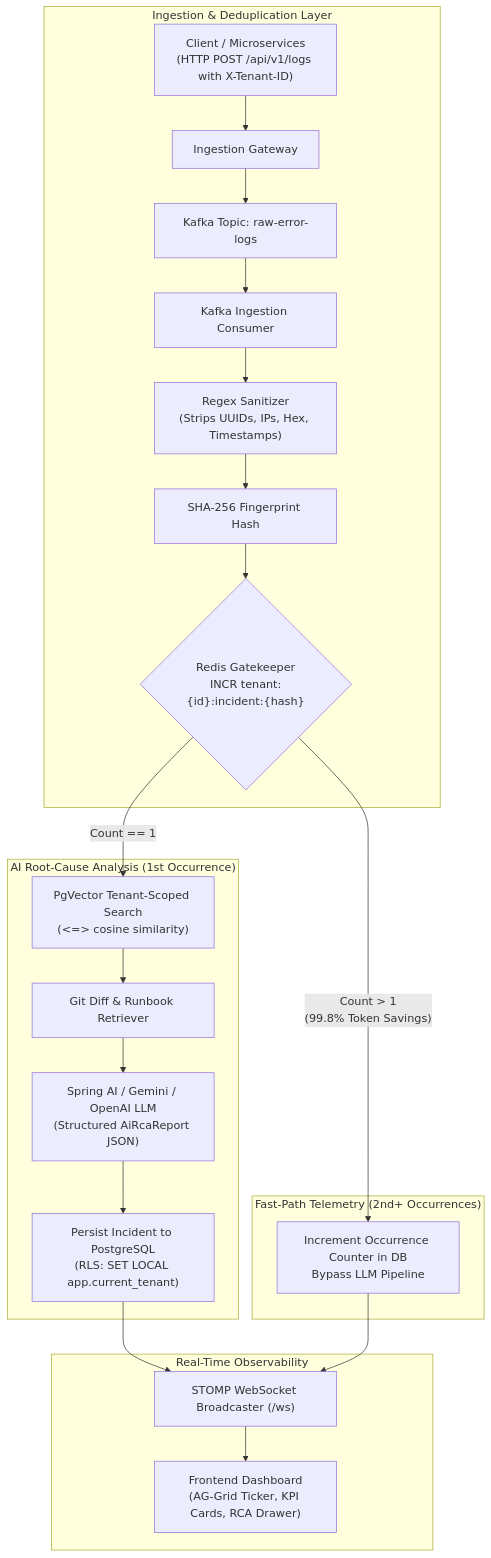
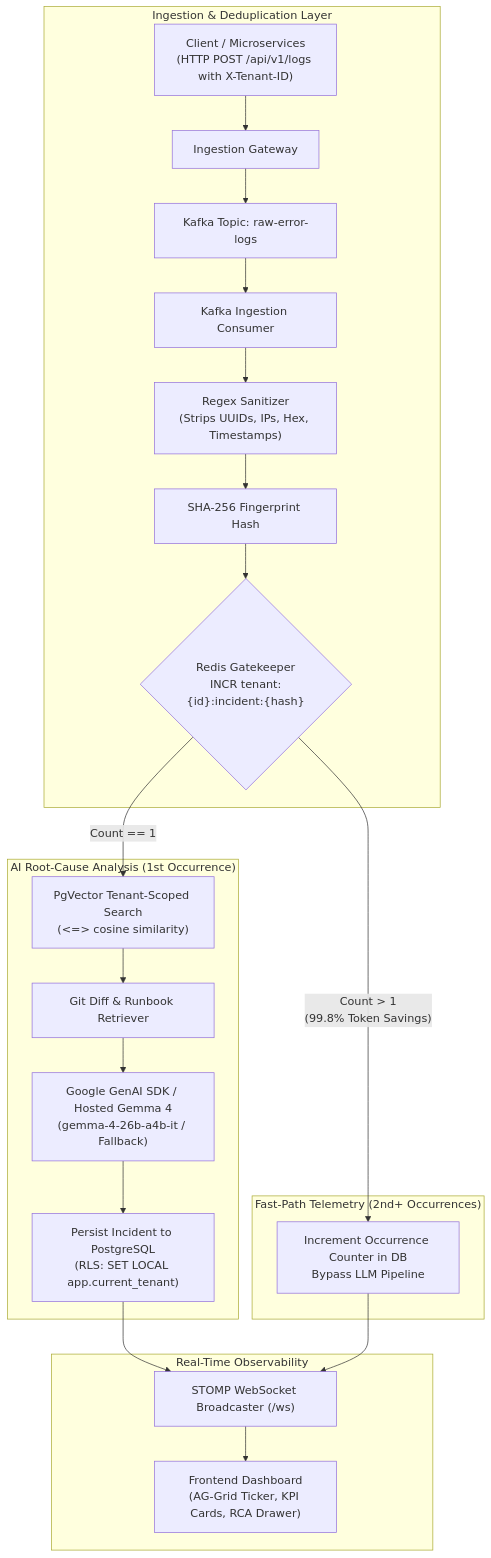
Before and after one commit to Karan-Shah-2513/ai-assisted-logs-rca: the diagram in README.md, drawn with Mermaid. The commit also changed other lines of this file and 2 other files, not shown here.

````diff
--- a/README.md
+++ b/README.md
@@ -9,28 +9,28 @@
 ```mermaid
 flowchart TD
     subgraph Ingestion ["Ingestion & Deduplication Layer"]
         A["Client / Microservices<br/>(HTTP POST /api/v1/logs with X-Tenant-ID)"] --> B["Ingestion Gateway"]
         B --> C["Kafka Topic: raw-error-logs"]
         C --> D["Kafka Ingestion Consumer"]
         D --> E["Regex Sanitizer<br/>(Strips UUIDs, IPs, Hex, Timestamps)"]
         E --> F["SHA-256 Fingerprint Hash"]
         F --> G{"Redis Gatekeeper<br/>INCR tenant:{id}:incident:{hash}"}
     end
 
     subgraph LLM_Pipeline ["AI Root-Cause Analysis (1st Occurrence)"]
         G -- "Count == 1" --> H["PgVector Tenant-Scoped Search<br/>(<=> cosine similarity)"]
         H --> I["Git Diff & Runbook Retriever"]
-        I --> J["Spring AI / Gemini / OpenAI LLM<br/>(Structured AiRcaReport JSON)"]
+        I --> J["Google GenAI SDK / Hosted Gemma 4<br/>(gemma-4-26b-a4b-it / Fallback)"]
         J --> K["Persist Incident to PostgreSQL<br/>(RLS: SET LOCAL app.current_tenant)"]
     end
 
     subgraph Fast_Path ["Fast-Path Telemetry (2nd+ Occurrences)"]
         G -- "Count > 1<br/>(99.8% Token Savings)" --> L["Increment Occurrence Counter in DB<br/>Bypass LLM Pipeline"]
     end
 
     subgraph RealTime ["Real-Time Observability"]
         K --> M["STOMP WebSocket Broadcaster (/ws)"]
         L --> M
         M --> N["Frontend Dashboard<br/>(AG-Grid Ticker, KPI Cards, RCA Drawer)"]
     end
 ```
````
